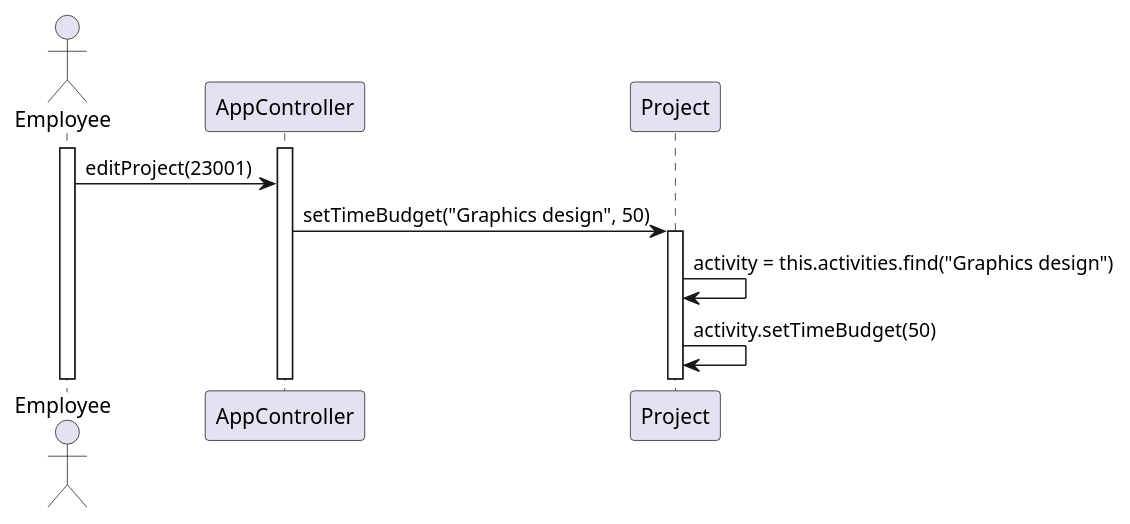
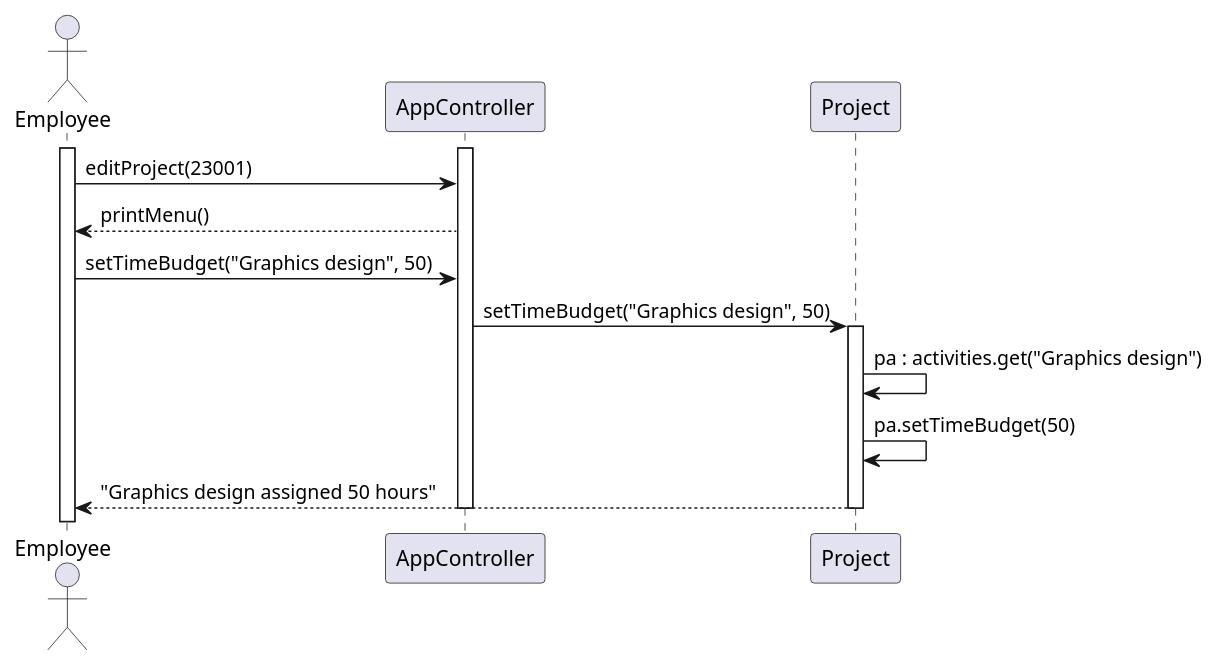
Before and after one commit to rwiuff/02161ExamProject: the diagram in RequirementsAndDesign/SequenceDiagrams/seq_create_activity_no_PL_case2.puml, drawn with PlantUML. The commit also changed 38 other files, not shown here.

Commit message:
Cleanup in graphics

```diff
--- a/RequirementsAndDesign/SequenceDiagrams/seq_create_activity_no_PL_case2.puml
+++ b/RequirementsAndDesign/SequenceDiagrams/seq_create_activity_no_PL_case2.puml
@@ -1,13 +1,18 @@
 @startuml createActivityNoPLCase2
 actor "Employee" as emp
 participant AppController as app
 participant Project as p
 
 activate app
 activate emp
 emp -> app : editProject(23001)
+app --> emp : printMenu()
+emp -> app : setTimeBudget("Graphics design", 50)
 app -> p : setTimeBudget("Graphics design", 50)
 activate p
-p -> p : activity = this.activities.find("Graphics design")
-p -> p : activity.setTimeBudget(50)
+p -> p : pa : activities.get("Graphics design")
+p -> p : pa.setTimeBudget(50)
+p --> emp : "Graphics design assigned 50 hours"
+deactivate p
+deactivate app
 @enduml
```
